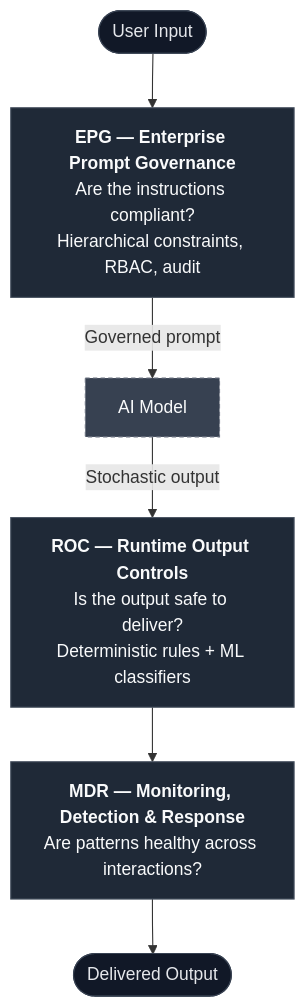
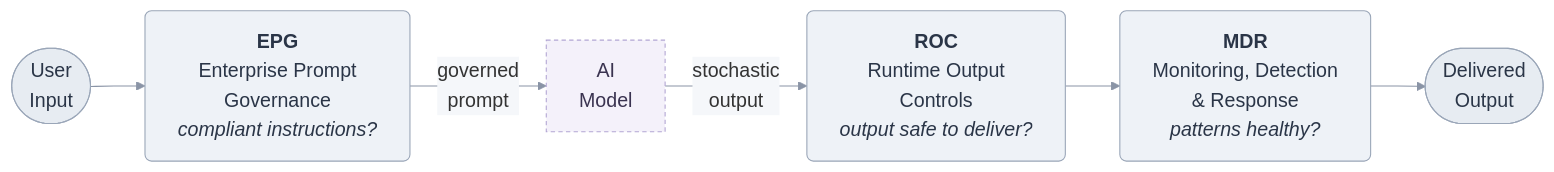
One commit to davecallaghan/clad changed the diagram in README.md. Above: the diagram before and after it, drawn with Mermaid. The commit also changed 3 other files, not shown here.

First line of the commit message:
feat(docs): self-contained Chromium + light horizontal pipeline diagram

````diff
--- a/README.md
+++ b/README.md
@@ -17,19 +17,20 @@
 ```mermaid
-flowchart TD
-    U([User Input]) --> EPG
-    EPG -- "Governed prompt" --> M[AI Model]
-    M -- "Stochastic output" --> ROC
+%%{init: {"theme": "base", "themeVariables": {"fontFamily": "Georgia, serif", "fontSize": "18px", "lineColor": "#8a94a6", "edgeLabelBackground": "#f5f7fa", "tertiaryColor": "#f5f7fa"}}}%%
+flowchart LR
+    U([User<br/>Input]) --> EPG
+    EPG -- "governed<br/>prompt" --> M[AI<br/>Model]
+    M -- "stochastic<br/>output" --> ROC
     ROC --> MDR
-    MDR --> O([Delivered Output])
+    MDR --> O([Delivered<br/>Output])
 
-    EPG["<b>EPG — Enterprise Prompt Governance</b><br/>Are the instructions compliant?<br/>Hierarchical constraints, RBAC, audit"]
-    ROC["<b>ROC — Runtime Output Controls</b><br/>Is the output safe to deliver?<br/>Deterministic rules + ML classifiers"]
-    MDR["<b>MDR — Monitoring, Detection &amp; Response</b><br/>Are patterns healthy across interactions?"]
+    EPG["<b>EPG</b><br/>Enterprise Prompt<br/>Governance<br/><i>compliant instructions?</i>"]
+    ROC["<b>ROC</b><br/>Runtime Output<br/>Controls<br/><i>output safe to deliver?</i>"]
+    MDR["<b>MDR</b><br/>Monitoring, Detection<br/>&amp; Response<br/><i>patterns healthy?</i>"]
 
-    classDef gov fill:#1f2937,stroke:#4b5563,color:#f9fafb;
-    classDef model fill:#374151,stroke:#6b7280,color:#f9fafb,stroke-dasharray:4 3;
-    classDef io fill:#111827,stroke:#374151,color:#e5e7eb;
+    classDef gov fill:#eef2f7,stroke:#9aa6b8,color:#2a3547,rx:6,ry:6;
+    classDef model fill:#f4f1fa,stroke:#b3a6d4,color:#3a3350,stroke-dasharray:4 3;
+    classDef io fill:#e7ecf2,stroke:#9aa6b8,color:#2a3547;
     class EPG,ROC,MDR gov;
     class M model;
     class U,O io;
 ```
````
